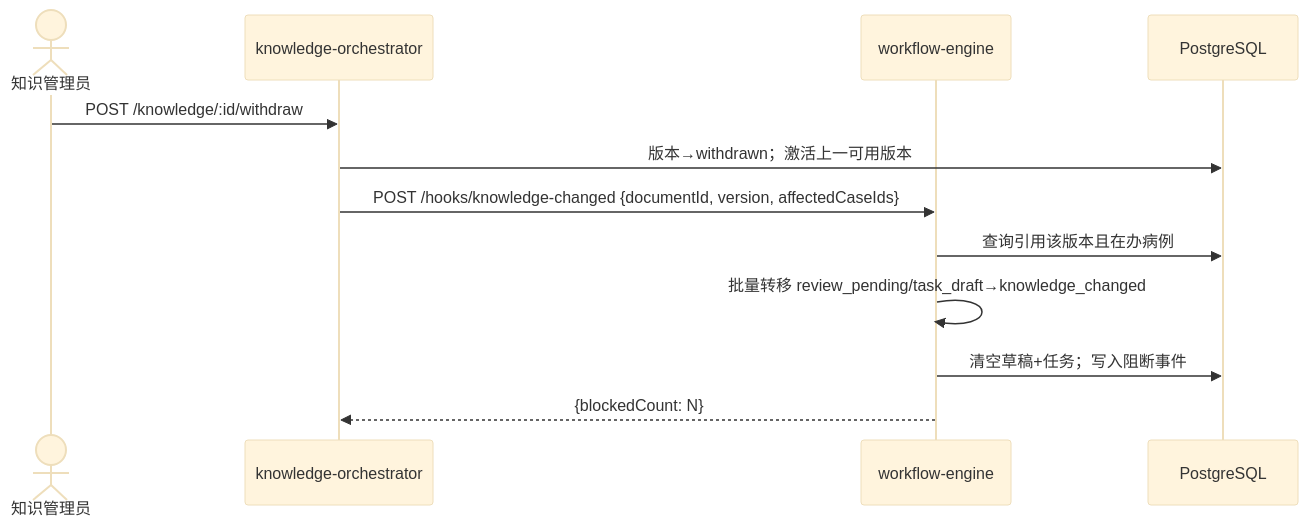
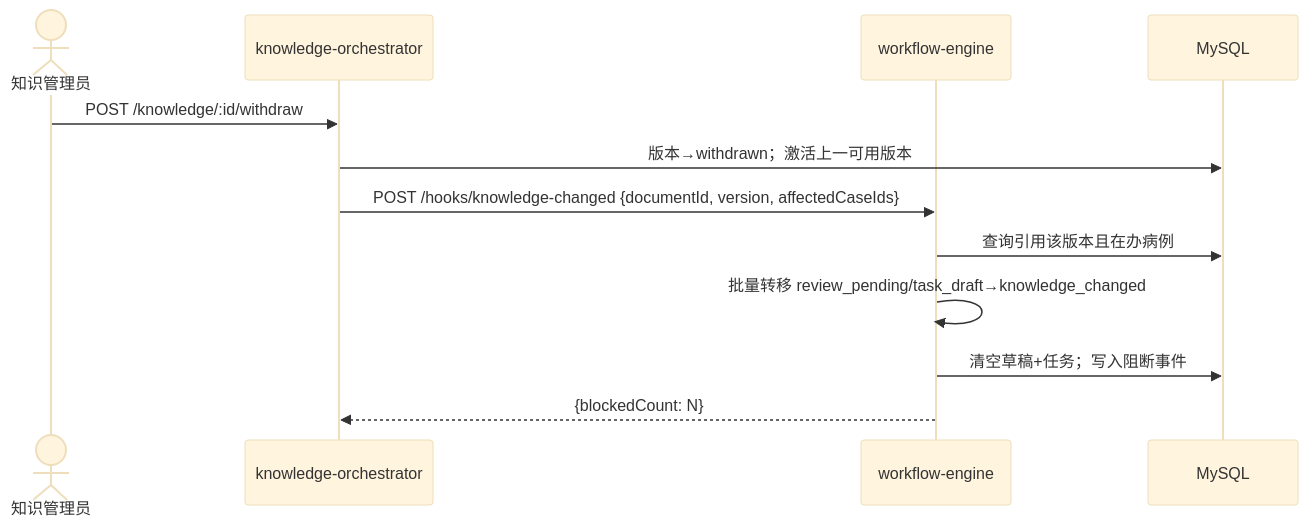
Before and after one commit to liangyiliu96-cmyk/zhenhu-care-handoff: the diagram in docs/architecture/knowledge-blocking-sequence.mermaid, drawn with Mermaid (base theme). The commit also changed 4 other files, not shown here.

```diff
--- a/docs/architecture/knowledge-blocking-sequence.mermaid
+++ b/docs/architecture/knowledge-blocking-sequence.mermaid
@@ -1,13 +1,13 @@
 sequenceDiagram
   actor KA as 知识管理员
   participant KO as knowledge-orchestrator
   participant WE as workflow-engine
-  participant DB as PostgreSQL
+  participant MySQL as MySQL
 
   KA->>KO: POST /knowledge/:id/withdraw
-  KO->>DB: 版本→withdrawn；激活上一可用版本
+  KO->>MySQL: 版本→withdrawn；激活上一可用版本
   KO->>WE: POST /hooks/knowledge-changed {documentId, version, affectedCaseIds}
-  WE->>DB: 查询引用该版本且在办病例
+  WE->>MySQL: 查询引用该版本且在办病例
   WE->>WE: 批量转移 review_pending/task_draft→knowledge_changed
-  WE->>DB: 清空草稿+任务；写入阻断事件
+  WE->>MySQL: 清空草稿+任务；写入阻断事件
   WE-->>KO: {blockedCount: N}
```
